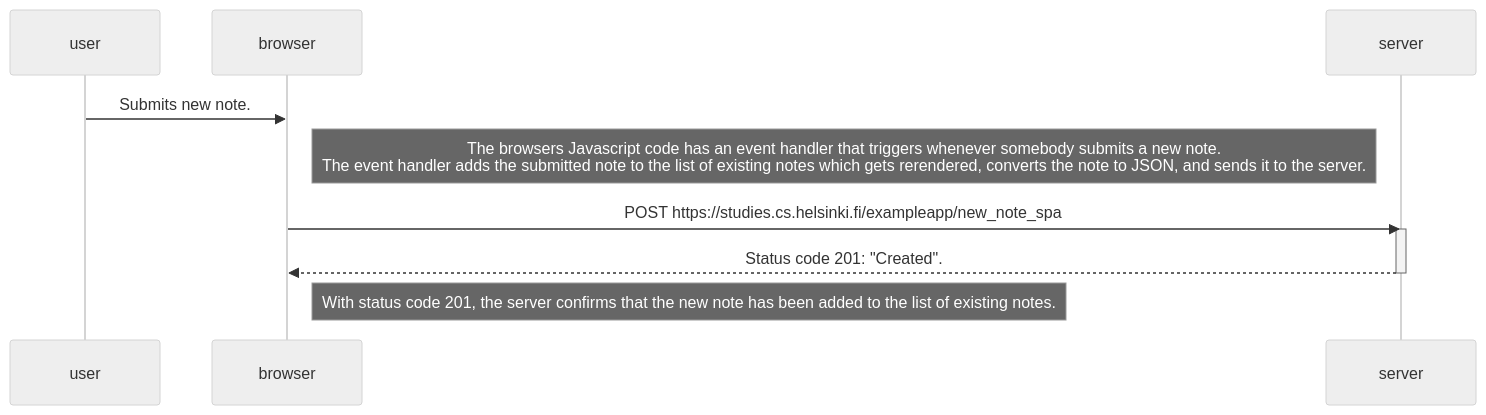
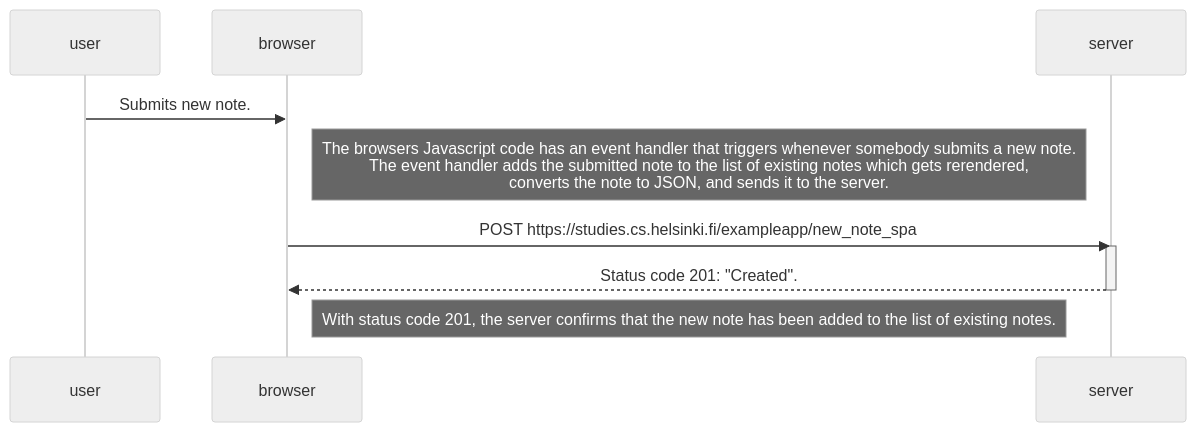
One commit to LinPig98/FullStackOpen changed the diagram in PartZero/Exercise_0.6.md. Above: the diagram before and after it, drawn with Mermaid (neutral theme).

Commit message:
Added another linebreak

````diff
--- a/PartZero/Exercise_0.6.md
+++ b/PartZero/Exercise_0.6.md
@@ -1,20 +1,20 @@
 ```mermaid
 
 sequenceDiagram
     participant user
     participant browser
     participant server
 
     user->>browser: Submits new note.
 
-    Note right of browser: The browsers Javascript code has an event handler that triggers whenever somebody submits a new note. <br/> The event handler adds the submitted note to the list of existing notes which gets rerendered, converts the note to JSON, and sends it to the server.
+    Note right of browser: The browsers Javascript code has an event handler that triggers whenever somebody submits a new note. <br/> The event handler adds the submitted note to the list of existing notes which gets rerendered, <br/> converts the note to JSON, and sends it to the server.
 
     browser->>server: POST https://studies.cs.helsinki.fi/exampleapp/new_note_spa
     activate server
     server-->>browser: Status code 201: "Created".
     deactivate server
 
     Note right of browser: With status code 201, the server confirms that the new note has been added to the list of existing notes.
 
 
 ```
````
